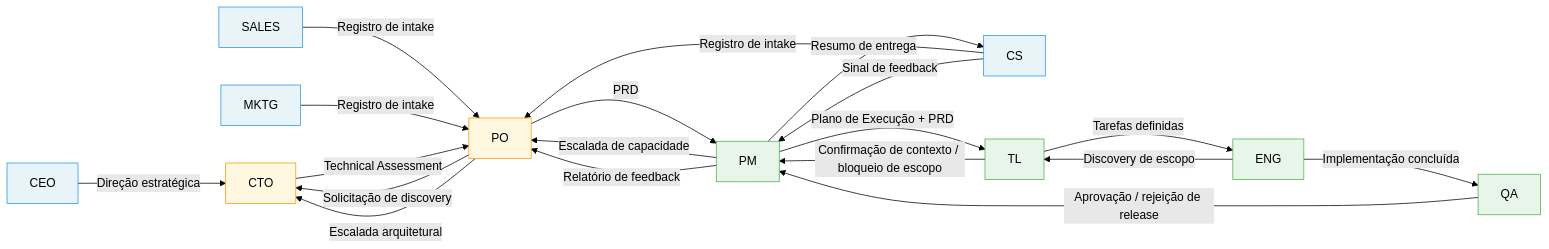
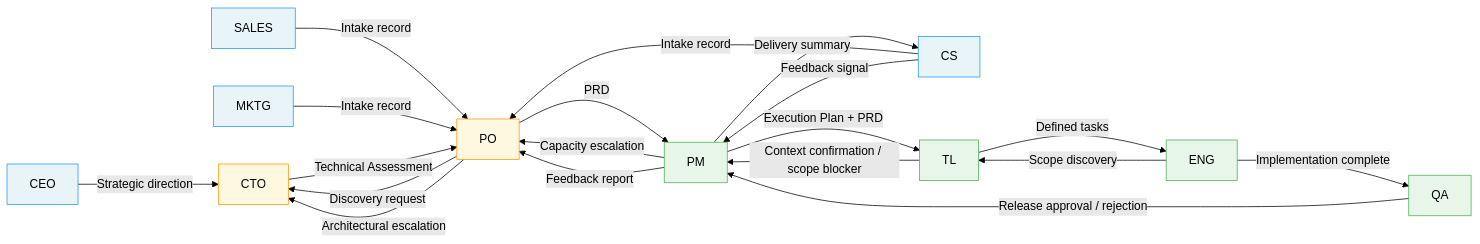
One commit to hugo-hsbtech/teamwork-process changed the diagram in interactions/README.md. Above: the diagram before and after it, drawn with Mermaid (forest theme). The commit also changed other lines of this file and 63 other files, not shown here.

````diff
--- a/interactions/README.md
+++ b/interactions/README.md
@@ -7,38 +7,38 @@
 ```mermaid
 flowchart LR
-    CEO -->|Direção estratégica| CTO
-    SALES -->|Registro de intake| PO
-    MKTG -->|Registro de intake| PO
-    CS -->|Registro de intake| PO
-    CS -->|Sinal de feedback| PM
+    CEO -->|Strategic direction| CTO
+    SALES -->|Intake record| PO
+    MKTG -->|Intake record| PO
+    CS -->|Intake record| PO
+    CS -->|Feedback signal| PM
 
-    PO -->|Solicitação de discovery| CTO
-    PO -->|Escalada arquitetural| CTO
+    PO -->|Discovery request| CTO
+    PO -->|Architectural escalation| CTO
     CTO -->|Technical Assessment| PO
 
     PO -->|PRD| PM
-    PM -->|Escalada de capacidade| PO
+    PM -->|Capacity escalation| PO
 
-    PM -->|Plano de Execução + PRD| TL
-    TL -->|Confirmação de contexto / bloqueio de escopo| PM
+    PM -->|Execution Plan + PRD| TL
+    TL -->|Context confirmation / scope blocker| PM
 
-    TL -->|Tarefas definidas| ENG
-    ENG -->|Discovery de escopo| TL
+    TL -->|Defined tasks| ENG
+    ENG -->|Scope discovery| TL
 
-    ENG -->|Implementação concluída| QA
-    QA -->|Aprovação / rejeição de release| PM
+    ENG -->|Implementation complete| QA
+    QA -->|Release approval / rejection| PM
 
-    PM -->|Resumo de entrega| CS
-    PM -->|Relatório de feedback| PO
+    PM -->|Delivery summary| CS
+    PM -->|Feedback report| PO
 
     style CEO fill:#e8f4f8,stroke:#2196F3,color:#000
     style SALES fill:#e8f4f8,stroke:#2196F3,color:#000
     style MKTG fill:#e8f4f8,stroke:#2196F3,color:#000
     style CS fill:#e8f4f8,stroke:#2196F3,color:#000
     style PO fill:#fff8e1,stroke:#FF9800,color:#000
     style CTO fill:#fff8e1,stroke:#FF9800,color:#000
     style PM fill:#e8f5e9,stroke:#4CAF50,color:#000
     style TL fill:#e8f5e9,stroke:#4CAF50,color:#000
     style ENG fill:#e8f5e9,stroke:#4CAF50,color:#000
     style QA fill:#e8f5e9,stroke:#4CAF50,color:#000
 ```
````
